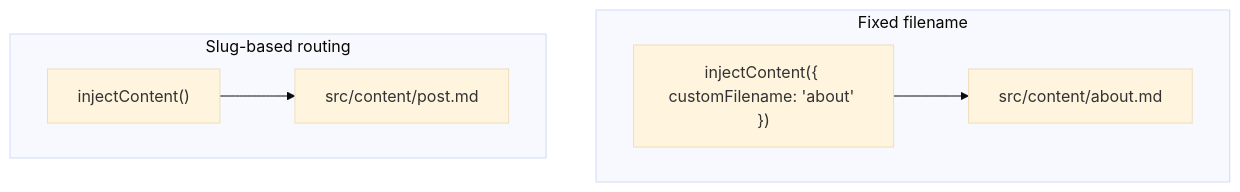
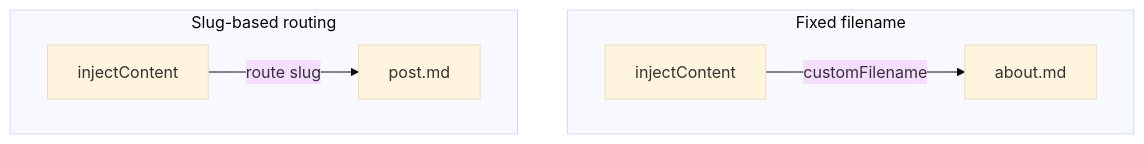
Before and after one commit to chrisjwalk/angular-cli-netcore-ngrx-starter: the second of 2 diagrams in apps/web-app/src/content/about.md, drawn with Mermaid (base theme). The commit also changed other lines of this file, not shown here.

First line of the commit message:
fix(content): simplify mermaid diagrams to avoid html-in-pre rendering bug

````diff
--- a/apps/web-app/src/content/about.md
+++ b/apps/web-app/src/content/about.md
@@ -100,9 +100,9 @@
 ```mermaid
 flowchart TD
   subgraph Fixed[Fixed filename]
-    A["injectContent({ customFilename: 'about' })"] --> B["src/content/about.md"]
+    A[injectContent] -->|customFilename| B[about.md]
   end
   subgraph Slug[Slug-based routing]
-    C["injectContent()"] --> D["src/content/post.md"]
+    C[injectContent] -->|route slug| D[post.md]
   end
 ```
````
